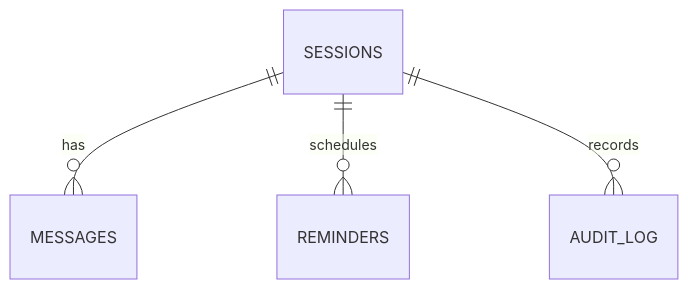
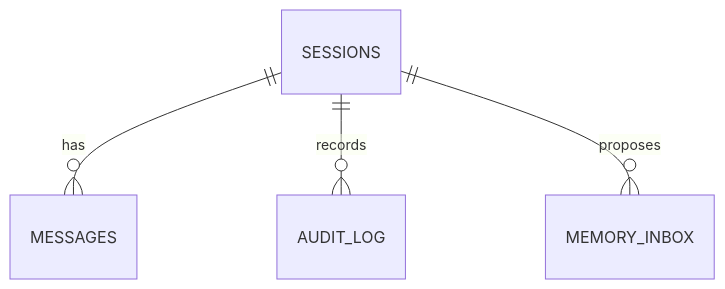
One commit to Rahul5977/MiniClaw changed the third of 4 diagrams in roadmap.md. Above: the diagram before and after it, drawn with Mermaid. The commit also changed other lines of this file and 1 other file, not shown here.

First line of the commit message:
docs: document Phase 3 persistence and memory

````diff
--- a/roadmap.md
+++ b/roadmap.md
@@ -435,6 +411,6 @@
 ```mermaid
 erDiagram
     SESSIONS ||--o{ MESSAGES : has
-    SESSIONS ||--o{ REMINDERS : schedules
     SESSIONS ||--o{ AUDIT_LOG : records
+    SESSIONS ||--o{ MEMORY_INBOX : proposes
 ```
````
